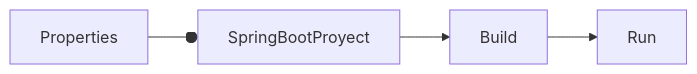
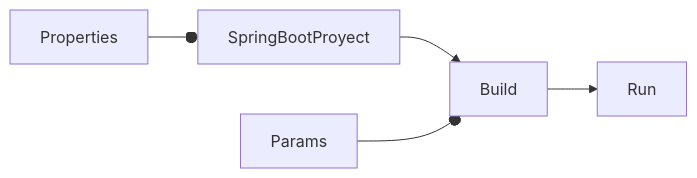
The diagram in content/posts/springboot-indicar-no-whitelabel.md (akobashikawa/hugo-blog-puroguramu), drawn with Mermaid before and after one commit. The commit also changed other lines of this file and 2 other files, not shown here.

```diff
--- a/content/posts/springboot-indicar-no-whitelabel.md
+++ b/content/posts/springboot-indicar-no-whitelabel.md
@@ -19,6 +19,7 @@
 {{< mermaid >}}
 flowchart LR;
 
 Properties --o SpringBootProyect --> Build --> Run
+Params --o Build
 
 {{< /mermaid >}}
```
